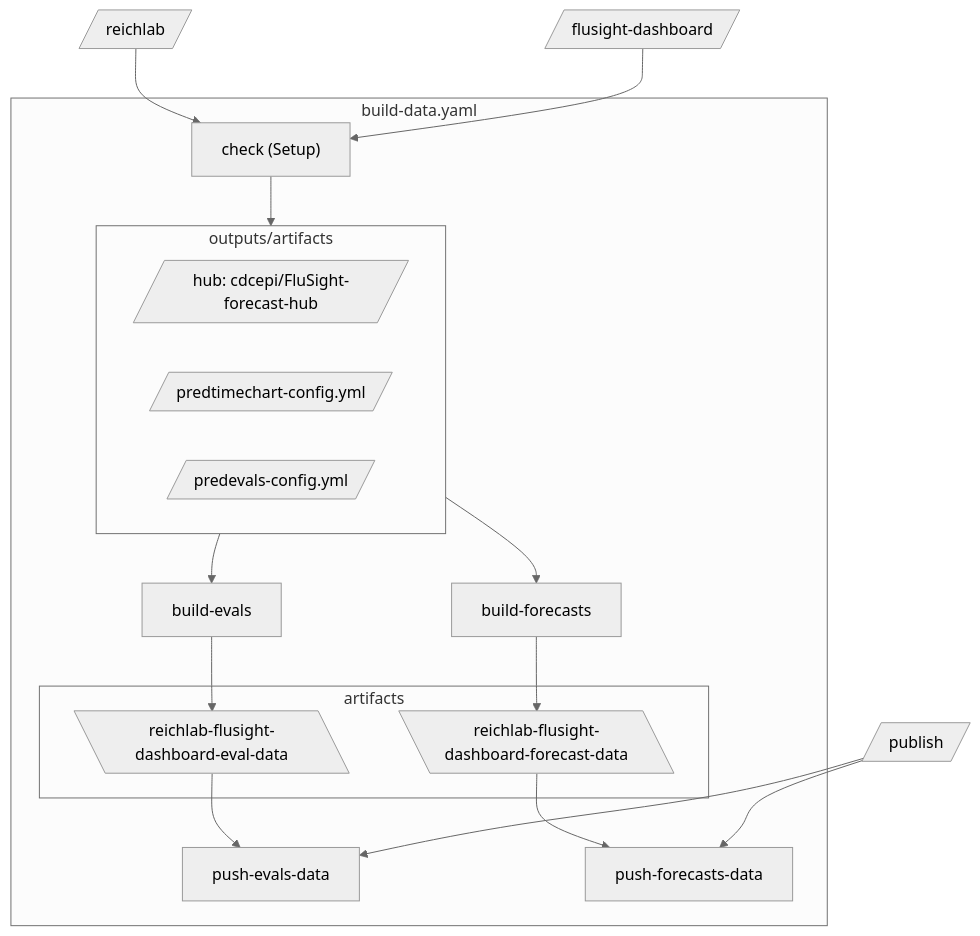
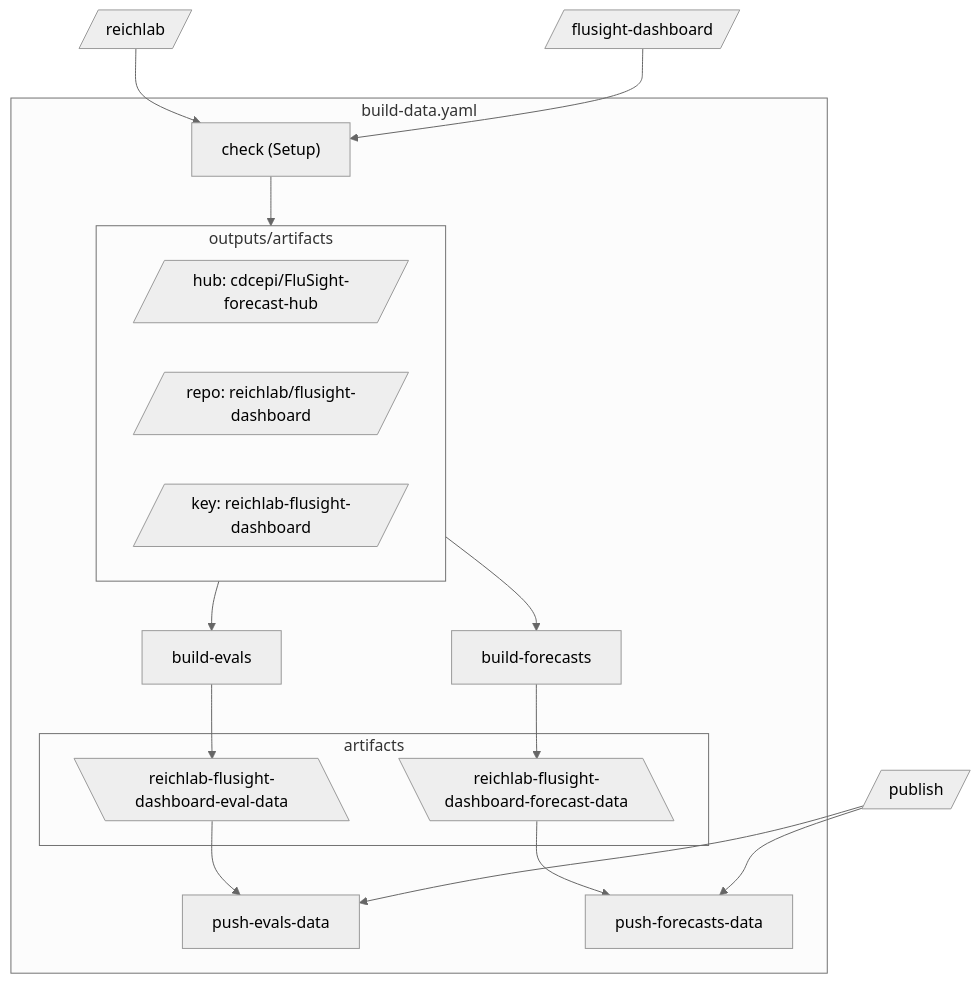
One commit to hubverse-org/hubDocs changed the fifth of 7 diagrams in docs/source/developer/dashboard-workflows.md. Above: the diagram before and after it, drawn with Mermaid (neutral theme). The commit also changed other lines of this file, not shown here.

````diff
--- a/docs/source/developer/dashboard-workflows.md
+++ b/docs/source/developer/dashboard-workflows.md
@@ -394,27 +398,27 @@
 ```{mermaid}
 :name: generate-data-overview
 :config: {"theme": "base", "themeVariables": {"primaryColor": "#dbeefb", "primaryBorderColor": "#3c88be"}}
 flowchart TD
     org[/reichlab/]
     dashboard[/flusight-dashboard/]
     publish[/publish/]
     subgraph build-data.yaml
         check["check (Setup)"]
         subgraph outputs/artifacts
             hub[/hub: cdcepi/FluSight-forecast-hub/]
-            cfgf[/"predtimechart-config.yml"/]
-            cfge[/"predevals-config.yml"/]
+            repo[/repo: reichlab/flusight-dashboard/]
+            cfg[/key: reichlab-flusight-dashboard/]
         end
         subgraph artifacts
             eval-data[\"reichlab-flusight-dashboard-eval-data"\]
             forecast-data[\"reichlab-flusight-dashboard-forecast-data"\]
         end
         check --> outputs/artifacts
         outputs/artifacts --> build-evals --> eval-data --> push-evals-data
         outputs/artifacts --> build-forecasts --> forecast-data --> push-forecasts-data
     end
     org --> check
     dashboard --> check
     publish --> push-evals-data
     publish --> push-forecasts-data
 ```
````
